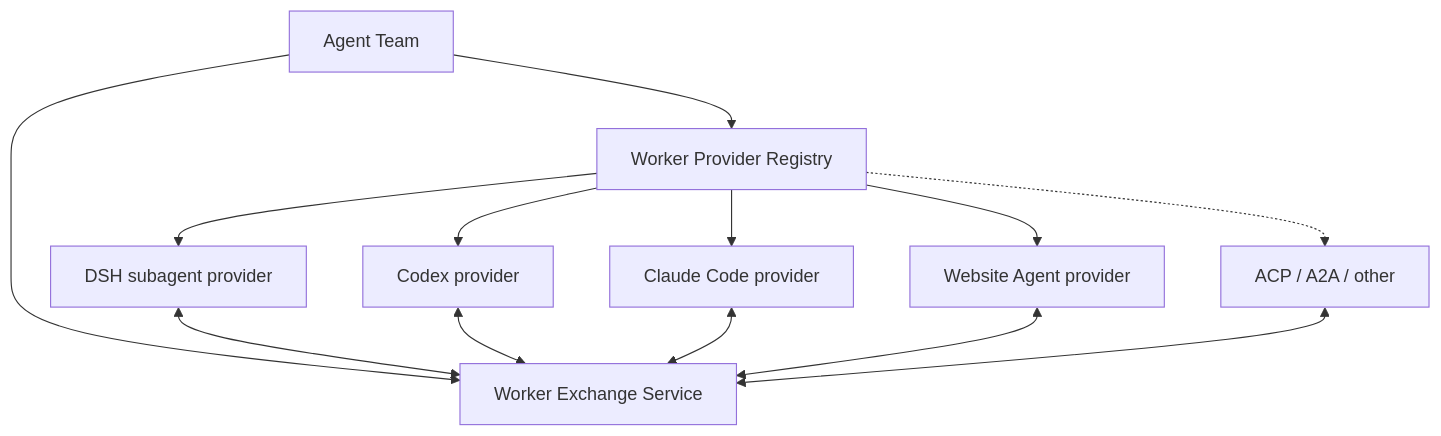
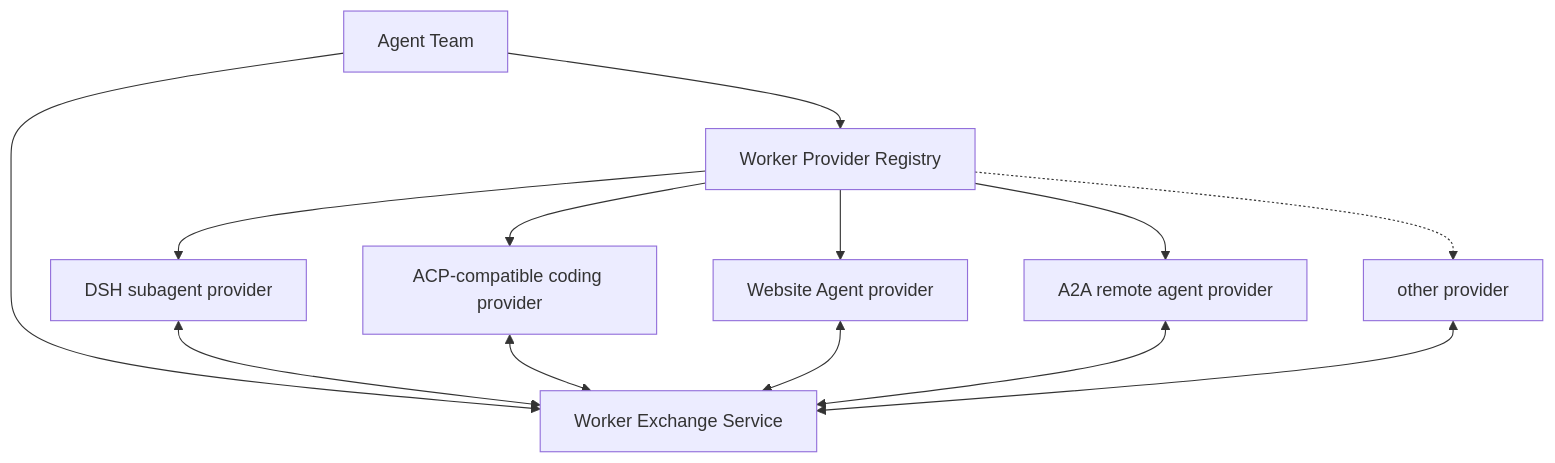
Before and after one commit to tsuuanmi/AgentOS: the second of 4 diagrams in docs/architecture/worker-model.md, drawn with Mermaid. The commit also changed other lines of this file, not shown here.

Commit message:
docs: position ACP as preferred agnostic Worker provider seam

```diff
--- a/docs/architecture/worker-model.md
+++ b/docs/architecture/worker-model.md
@@ -68,27 +70,27 @@
 ~~~mermaid
 flowchart TB
     Team[Agent Team]
     Exchange[Worker Exchange Service]
     Registry[Worker Provider Registry]
 
     DSH[DSH subagent provider]
-    Codex[Codex provider]
-    Claude[Claude Code provider]
+    ACP[ACP-compatible coding provider]
     Web[Website Agent provider]
-    Future[ACP / A2A / other]
+    Remote[A2A remote agent provider]
+    Future[other provider]
 
     Team --> Exchange
     Team --> Registry
 
     Registry --> DSH
-    Registry --> Codex
-    Registry --> Claude
+    Registry --> ACP
     Registry --> Web
+    Registry --> Remote
     Registry -.-> Future
 
     DSH <--> Exchange
-    Codex <--> Exchange
-    Claude <--> Exchange
+    ACP <--> Exchange
     Web <--> Exchange
+    Remote <--> Exchange
     Future <--> Exchange
 ~~~
```
